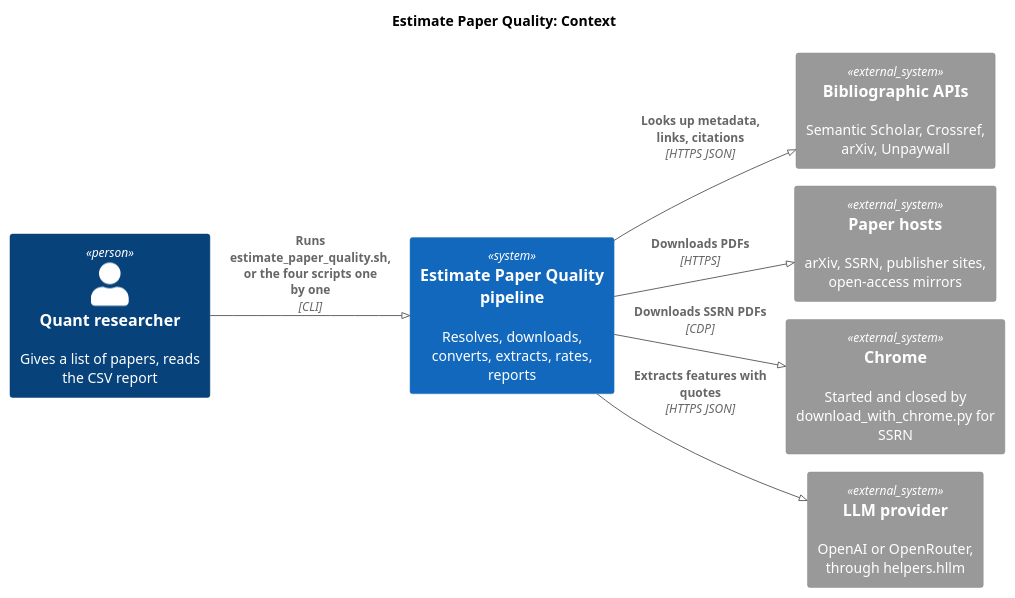
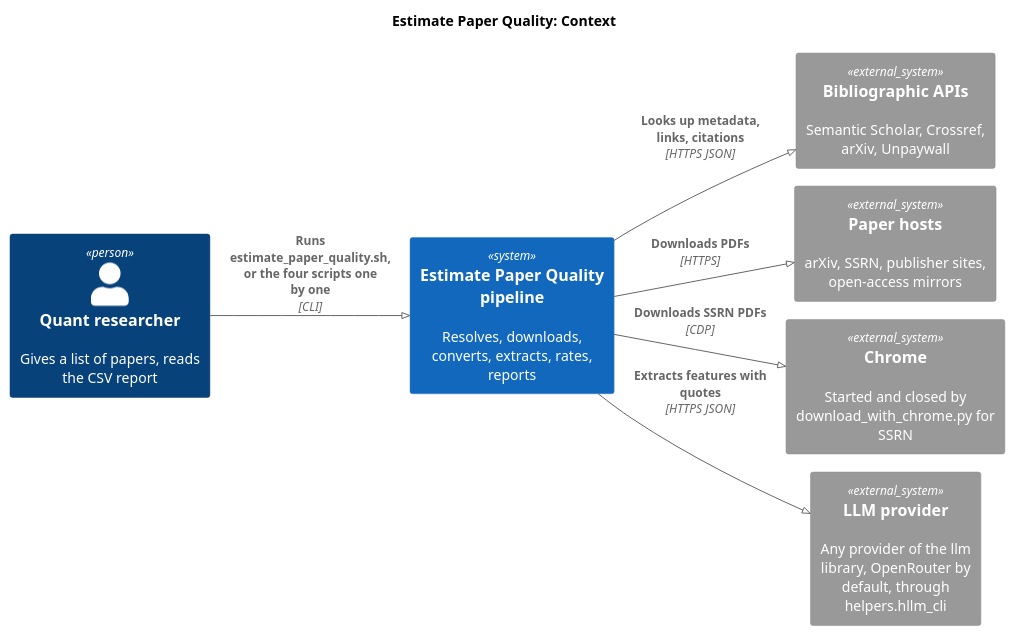
Before and after one commit to gpsaggese/gpsaggese.github.io: the first of 2 diagrams in research/Estimate_academic_paper_quality/docs/02-design.architecture.md, drawn with PlantUML. The commit also changed other lines of this file and 33 other files, not shown here.

````diff
--- a/research/Estimate_academic_paper_quality/docs/02-design.architecture.md
+++ b/research/Estimate_academic_paper_quality/docs/02-design.architecture.md
@@ -56,17 +56,17 @@
 ```plantuml
 !pragma layout smetana
 !include <C4/C4_Context>
 LAYOUT_LEFT_RIGHT()
 title Estimate Paper Quality: Context
 Person(user, "Quant researcher", "Gives a list of papers, reads the CSV report")
 System(epq, "Estimate Paper Quality pipeline", "Resolves, downloads, converts, extracts, rates, reports")
 System_Ext(bib, "Bibliographic APIs", "Semantic Scholar, Crossref, arXiv, Unpaywall")
 System_Ext(sites, "Paper hosts", "arXiv, SSRN, publisher sites, open-access mirrors")
 System_Ext(chrome, "Chrome", "Started and closed by download_with_chrome.py for SSRN")
-System_Ext(llm, "LLM provider", "OpenAI or OpenRouter, through helpers.hllm")
+System_Ext(llm, "LLM provider", "Any provider of the llm library, OpenRouter by default, through helpers.hllm_cli")
 Rel(user, epq, "Runs estimate_paper_quality.sh, or the four scripts one by one", "CLI")
 Rel(epq, bib, "Looks up metadata, links, citations", "HTTPS JSON")
 Rel(epq, sites, "Downloads PDFs", "HTTPS")
 Rel(epq, chrome, "Downloads SSRN PDFs", "CDP")
 Rel(epq, llm, "Extracts features with quotes", "HTTPS JSON")
 ```
````
